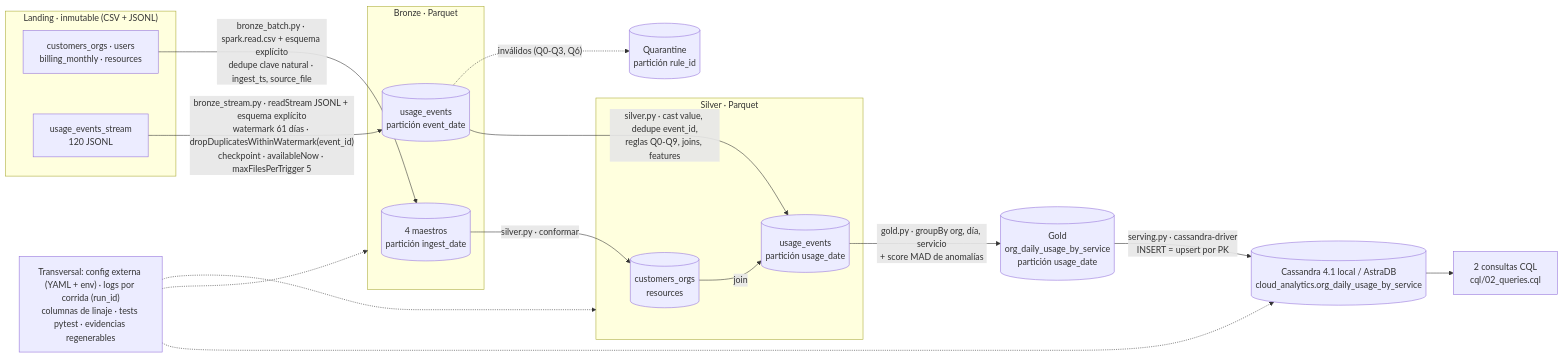
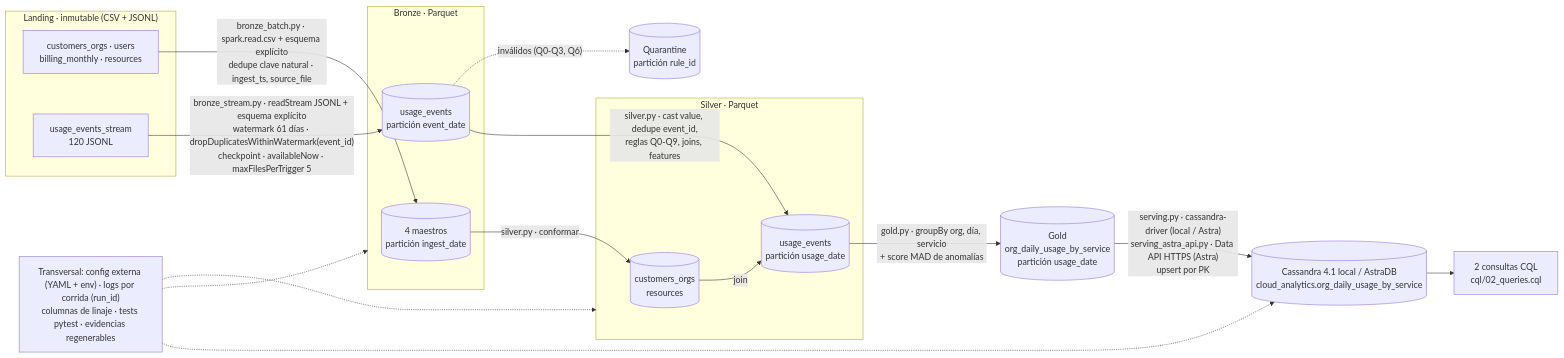
One commit to gerpach/mineria2-tp-integrador changed the diagram in docs/ARQUITECTURA_v2.md. Above: the diagram before and after it, drawn with Mermaid. The commit also changed other lines of this file and 11 other files, not shown here.

First line of the commit message:
Conexión a AstraDB: .env, token, carga por Data API y evidencia

````diff
--- a/docs/ARQUITECTURA_v2.md
+++ b/docs/ARQUITECTURA_v2.md
@@ -5,36 +5,36 @@
 ```mermaid
 flowchart LR
     subgraph SRC["Landing · inmutable (CSV + JSONL)"]
         CSV["customers_orgs · users<br/>billing_monthly · resources"]
         EVT["usage_events_stream<br/>120 JSONL"]
     end
 
     subgraph BRZ["Bronze · Parquet"]
         BM[("4 maestros<br/>partición ingest_date")]
         BE[("usage_events<br/>partición event_date")]
     end
 
     subgraph SLV["Silver · Parquet"]
         SC[("customers_orgs<br/>resources")]
         SE[("usage_events<br/>partición usage_date")]
     end
     Q[("Quarantine<br/>partición rule_id")]
     G[("Gold<br/>org_daily_usage_by_service<br/>partición usage_date")]
     CAS[("Cassandra 4.1 local / AstraDB<br/>cloud_analytics.org_daily_usage_by_service")]
     CQL["2 consultas CQL<br/>cql/02_queries.cql"]
 
     CSV -->|"bronze_batch.py · spark.read.csv + esquema explícito<br/>dedupe clave natural · ingest_ts, source_file"| BM
     EVT -->|"bronze_stream.py · readStream JSONL + esquema explícito<br/>watermark 61 días · dropDuplicatesWithinWatermark(event_id)<br/>checkpoint · availableNow · maxFilesPerTrigger 5"| BE
     BM -->|"silver.py · conformar"| SC
     BE -->|"silver.py · cast value, dedupe event_id,<br/>reglas Q0-Q9, joins, features"| SE
     BE -. "inválidos (Q0-Q3, Q6)" .-> Q
     SC -->|join| SE
     SE -->|"gold.py · groupBy org, día, servicio<br/>+ score MAD de anomalías"| G
-    G -->|"serving.py · cassandra-driver<br/>INSERT = upsert por PK"| CAS
+    G -->|"serving.py · cassandra-driver (local / Astra)<br/>serving_astra_api.py · Data API HTTPS (Astra)<br/>upsert por PK"| CAS
     CAS --> CQL
 
     GOV["Transversal: config externa (YAML + env) · logs por corrida (run_id)<br/>columnas de linaje · tests pytest · evidencias regenerables"]
     GOV -.-> BRZ
     GOV -.-> SLV
     GOV -.-> CAS
 ```
````
